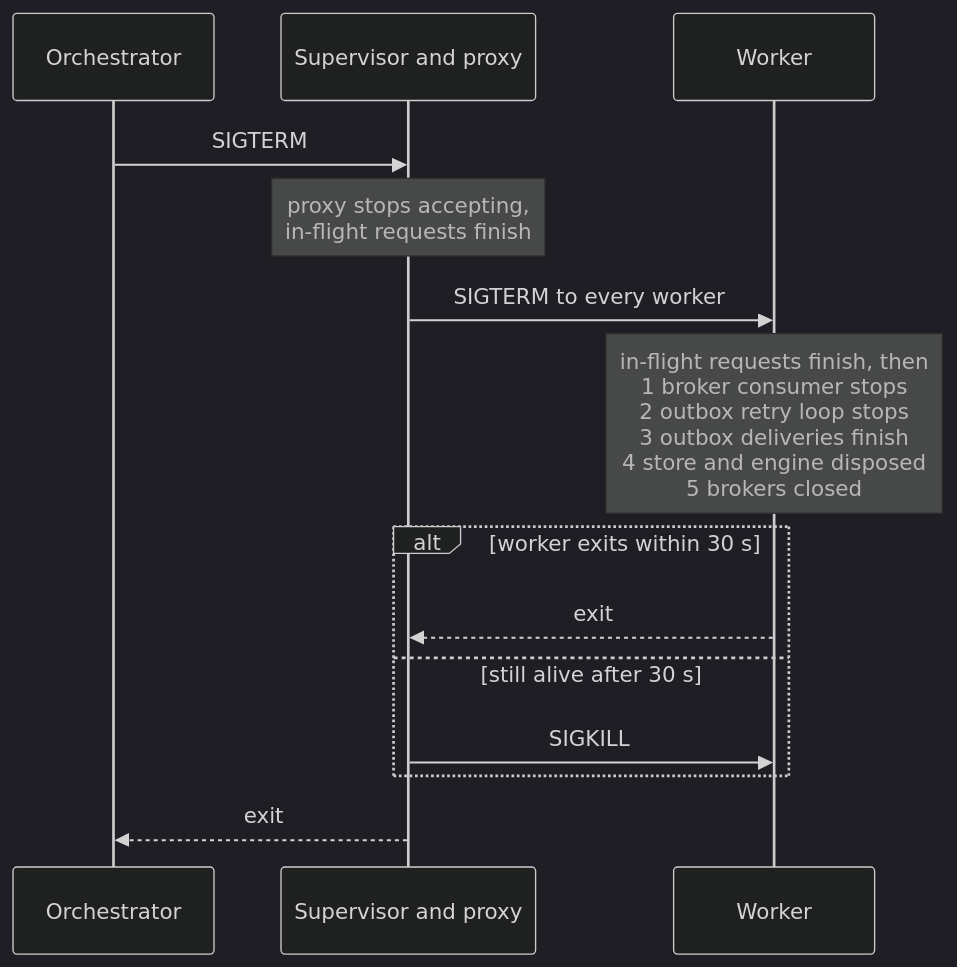
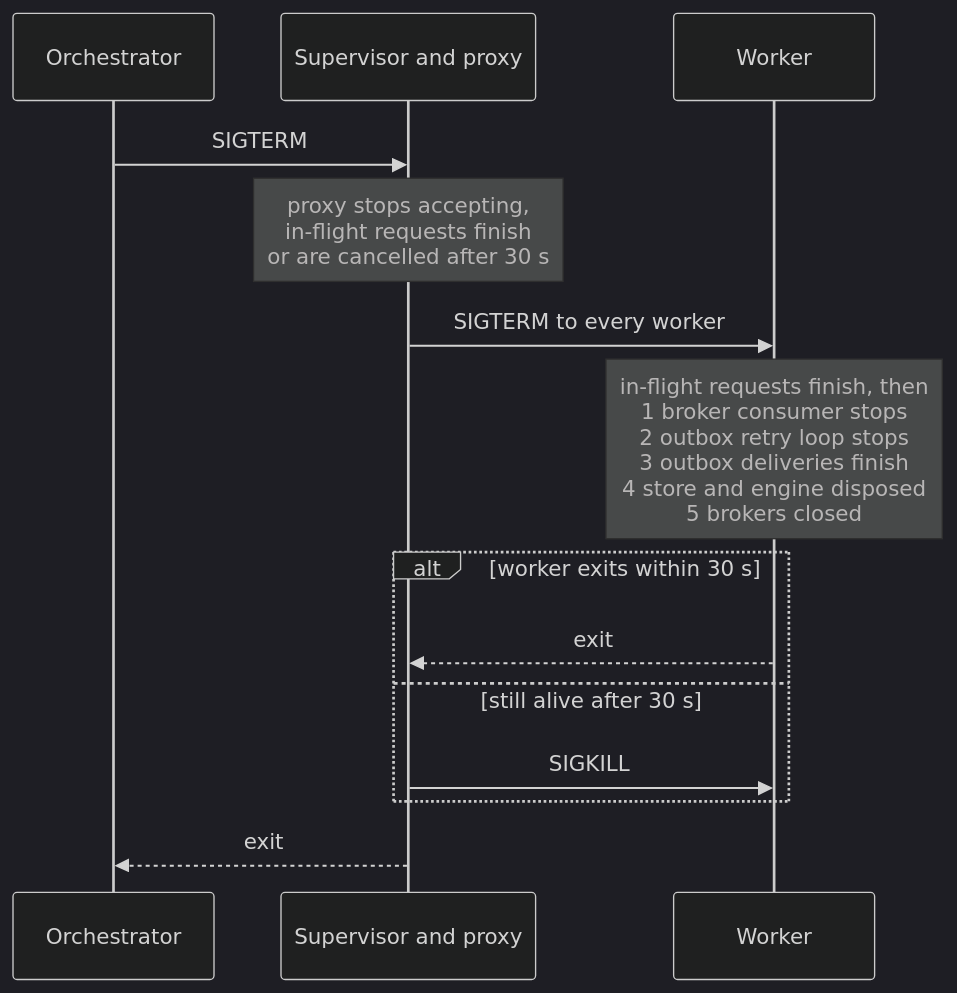
One commit to jeansossmeier/modupy changed the fifth of 6 diagrams in docs/DEPLOYMENT.md. Above: the diagram before and after it, drawn with Mermaid (dark theme). The commit also changed other lines of this file and 13 other files, not shown here.

````diff
--- a/docs/DEPLOYMENT.md
+++ b/docs/DEPLOYMENT.md
@@ -1753,16 +1755,16 @@
 ```mermaid
 sequenceDiagram
     participant O as Orchestrator
     participant S as Supervisor and proxy
     participant W as Worker
     O->>S: SIGTERM
-    Note over S: proxy stops accepting,<br>in-flight requests finish
+    Note over S: proxy stops accepting,<br>in-flight requests finish<br>or are cancelled after 30 s
     S->>W: SIGTERM to every worker
     Note over W: in-flight requests finish, then<br>1 broker consumer stops<br>2 outbox retry loop stops<br>3 outbox deliveries finish<br>4 store and engine disposed<br>5 brokers closed
     alt worker exits within 30 s
         W-->>S: exit
     else still alive after 30 s
         S->>W: SIGKILL
     end
     S-->>O: exit
 ```
````
